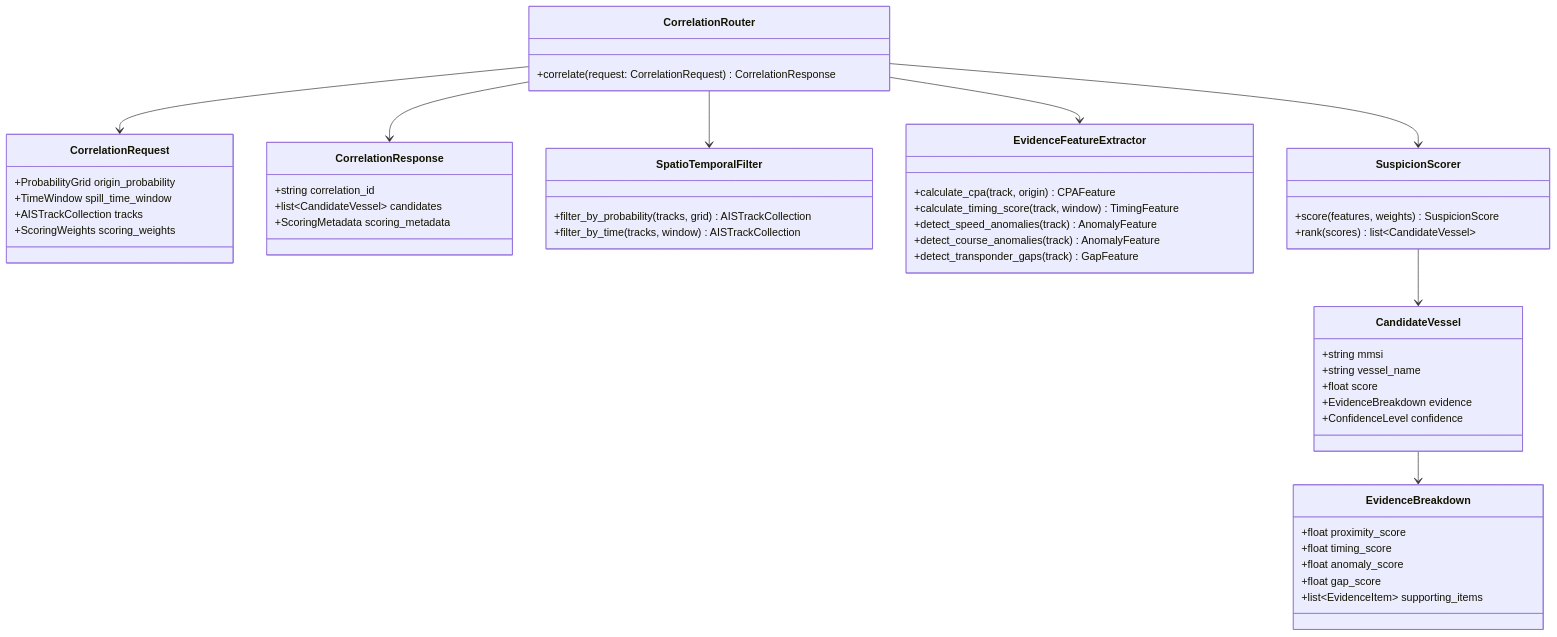
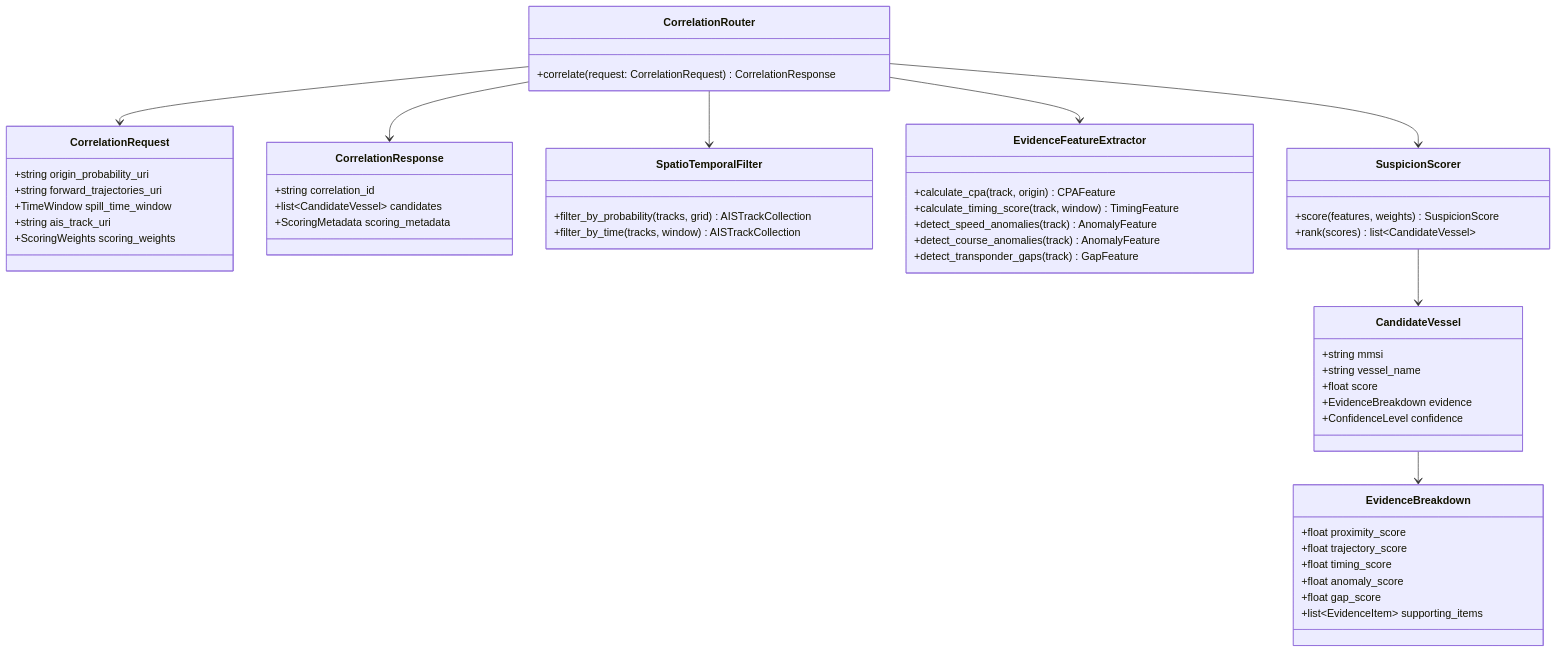
Before and after one commit to ankushkumar14092-dot/sih-architecture: the seventh of 25 diagrams in ai-ml-maritime-oil-spill-architecture.md, drawn with Mermaid. The commit also changed other lines of this file and 1 other file, not shown here.

Commit message:
Align architecture with SIH26143 requirements

````diff
--- a/ai-ml-maritime-oil-spill-architecture.md
+++ b/ai-ml-maritime-oil-spill-architecture.md
@@ -345,54 +370,56 @@
 ```mermaid
 classDiagram
     class CorrelationRouter {
         +correlate(request: CorrelationRequest) CorrelationResponse
     }
     class CorrelationRequest {
-        +ProbabilityGrid origin_probability
+        +string origin_probability_uri
+        +string forward_trajectories_uri
         +TimeWindow spill_time_window
-        +AISTrackCollection tracks
+        +string ais_track_uri
         +ScoringWeights scoring_weights
     }
     class CorrelationResponse {
         +string correlation_id
         +list~CandidateVessel~ candidates
         +ScoringMetadata scoring_metadata
     }
     class SpatioTemporalFilter {
         +filter_by_probability(tracks, grid) AISTrackCollection
         +filter_by_time(tracks, window) AISTrackCollection
     }
     class EvidenceFeatureExtractor {
         +calculate_cpa(track, origin) CPAFeature
         +calculate_timing_score(track, window) TimingFeature
         +detect_speed_anomalies(track) AnomalyFeature
         +detect_course_anomalies(track) AnomalyFeature
         +detect_transponder_gaps(track) GapFeature
     }
     class SuspicionScorer {
         +score(features, weights) SuspicionScore
         +rank(scores) list~CandidateVessel~
     }
     class CandidateVessel {
         +string mmsi
         +string vessel_name
         +float score
         +EvidenceBreakdown evidence
         +ConfidenceLevel confidence
     }
     class EvidenceBreakdown {
         +float proximity_score
+        +float trajectory_score
         +float timing_score
         +float anomaly_score
         +float gap_score
         +list~EvidenceItem~ supporting_items
     }
 
     CorrelationRouter --> CorrelationRequest
     CorrelationRouter --> CorrelationResponse
     CorrelationRouter --> SpatioTemporalFilter
     CorrelationRouter --> EvidenceFeatureExtractor
     CorrelationRouter --> SuspicionScorer
     SuspicionScorer --> CandidateVessel
     CandidateVessel --> EvidenceBreakdown
 ```
````
